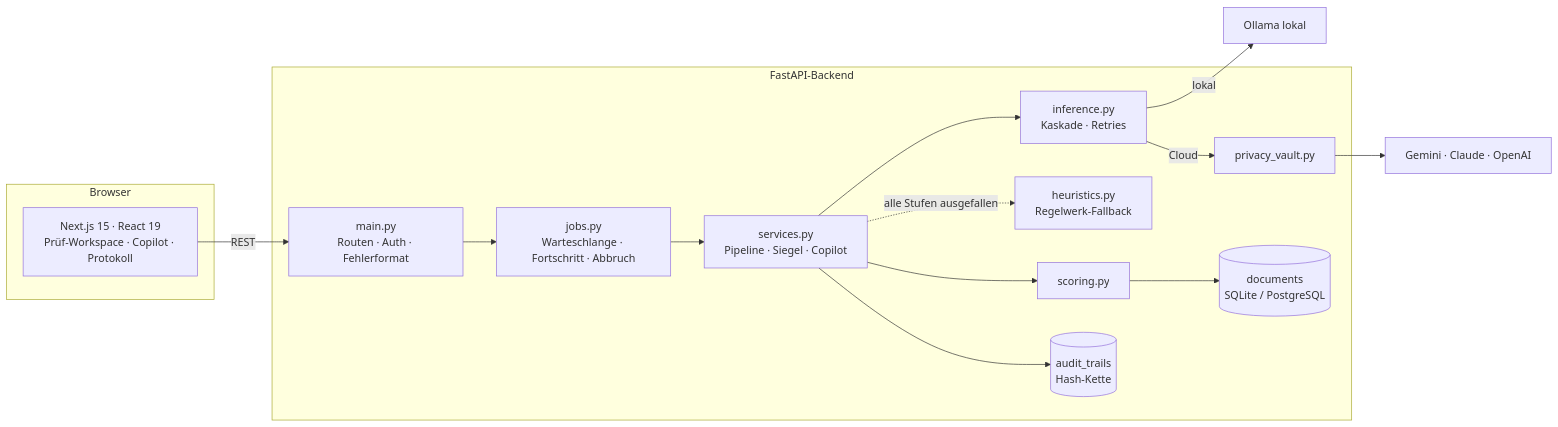
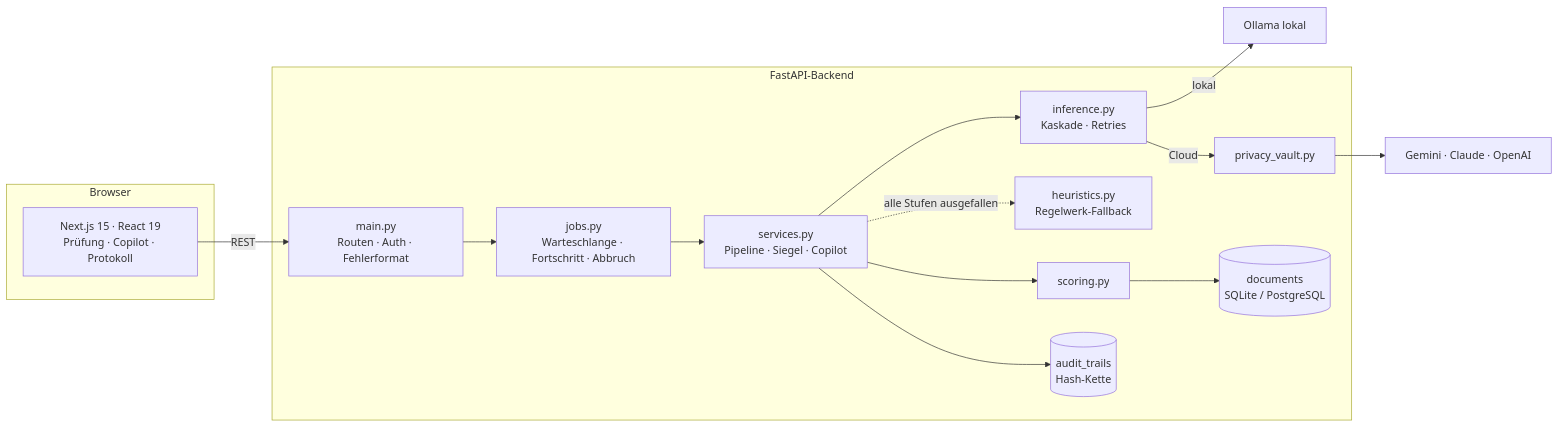
Before and after one commit to lutz-zarske/enterprise-compliance-agent: the first of 3 diagrams in docs/ARCHITECTURE.md, drawn with Mermaid. The commit also changed other lines of this file and 31 other files, not shown here.

````diff
--- a/docs/ARCHITECTURE.md
+++ b/docs/ARCHITECTURE.md
@@ -20,28 +20,28 @@
 ```mermaid
 flowchart LR
     subgraph Browser
-        UI[Next.js 15 · React 19<br/>Prüf-Workspace · Copilot · Protokoll]
+        UI[Next.js 15 · React 19<br/>Prüfung · Copilot · Protokoll]
     end
     subgraph Backend[FastAPI-Backend]
         API[main.py<br/>Routen · Auth · Fehlerformat]
         JOBS[jobs.py<br/>Warteschlange · Fortschritt · Abbruch]
         SVC[services.py<br/>Pipeline · Siegel · Copilot]
         INF[inference.py<br/>Kaskade · Retries]
         VAULT[privacy_vault.py]
         HEU[heuristics.py<br/>Regelwerk-Fallback]
         SCORE[scoring.py]
         LEDGER[(audit_trails<br/>Hash-Kette)]
         DB[(documents<br/>SQLite / PostgreSQL)]
     end
     OLLAMA[Ollama lokal]
     CLOUD[Gemini · Claude · OpenAI]
 
     UI -- REST --> API
     API --> JOBS --> SVC
     SVC --> INF
     INF -- lokal --> OLLAMA
     INF -- Cloud --> VAULT --> CLOUD
     SVC -. alle Stufen ausgefallen .-> HEU
     SVC --> SCORE --> DB
     SVC --> LEDGER
 ```
````
